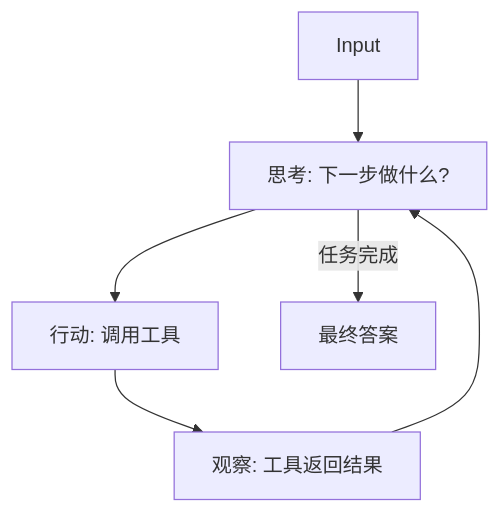
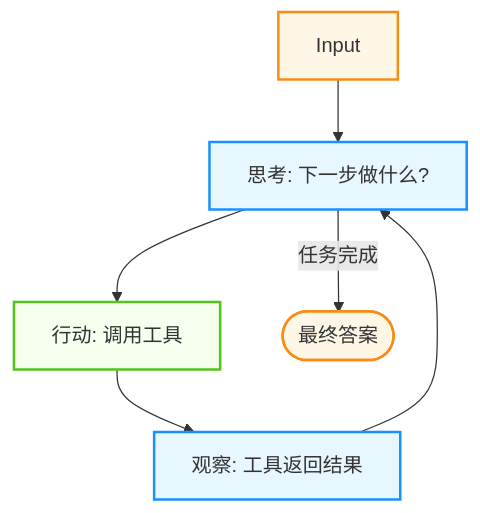
The sixth of 6 diagrams in 09_agentops/9.1_design_patterns.md (yeasy/agentic_ai_guide), drawn with Mermaid before and after one commit. The commit also changed other lines of this file and 36 other files, not shown here.

````diff
--- a/09_agentops/9.1_design_patterns.md
+++ b/09_agentops/9.1_design_patterns.md
@@ -130,8 +171,19 @@
 ```mermaid
 graph TD
+    %% Agentic Design System
+    classDef agent fill:#e6f7ff,stroke:#1890ff,stroke-width:2px;
+    classDef tool fill:#f6ffed,stroke:#52c41a,stroke-width:2px;
+    classDef user fill:#fff7e6,stroke:#fa8c16,stroke-width:2px;
+
     Input --> Thought[思考: 下一步做什么?]
     Thought --> Action[行动: 调用工具]
     Action --> Observation[观察: 工具返回结果]
     Observation --> Thought
-    Thought -->|任务完成| Finish[最终答案]
+    Thought -->|任务完成| Finish([最终答案])
+    
+    class Input user;
+    class Thought agent;
+    class Action tool;
+    class Observation agent;
+    class Finish user;
 ```
````
